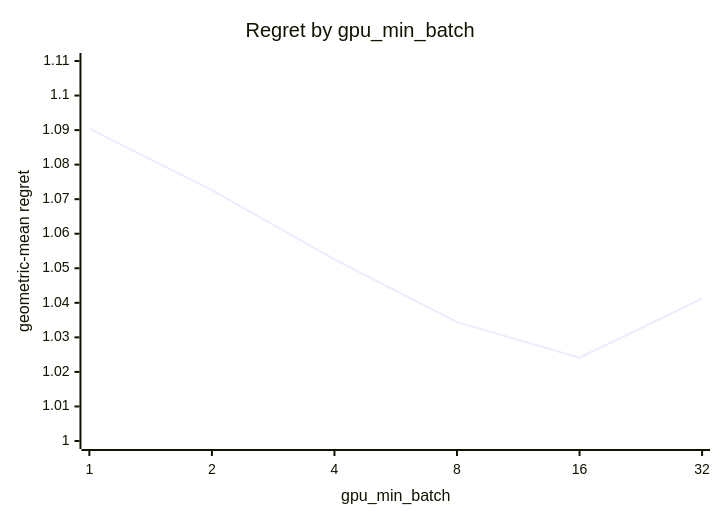
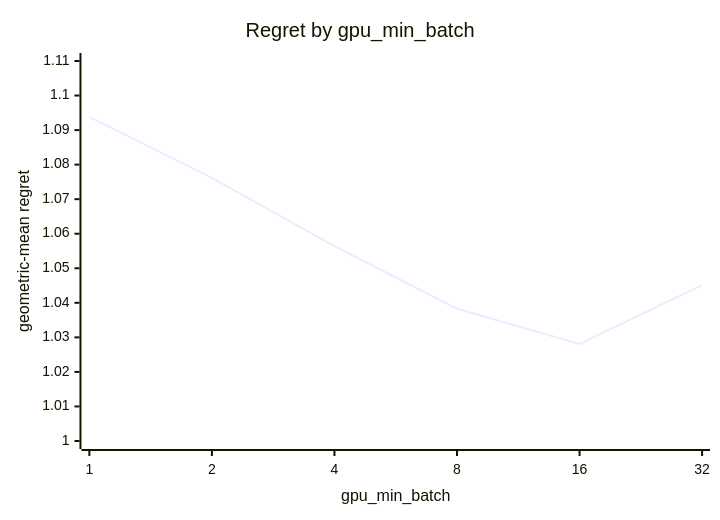
One commit to c0rmac/metal-linalg changed the fourth of 5 diagrams in docs/results/apple-m5-pro-20gpu/combined/eigh/report.md. Above: the diagram before and after it, drawn with Mermaid. The commit also changed other lines of this file and 38 other files, not shown here.

````diff
--- a/docs/results/apple-m5-pro-20gpu/combined/eigh/report.md
+++ b/docs/results/apple-m5-pro-20gpu/combined/eigh/report.md
@@ -159,7 +164,7 @@
 ```mermaid
 xychart-beta
     title "Regret by gpu_min_batch"
     x-axis "gpu_min_batch" [1, 2, 4, 8, 16, 32]
     y-axis "geometric-mean regret" 1.0 --> 1.11
-    line [1.0904, 1.0726, 1.0526, 1.0344, 1.0241, 1.0412]
+    line [1.0938, 1.0762, 1.0564, 1.0383, 1.0281, 1.0451]
 ```
````
